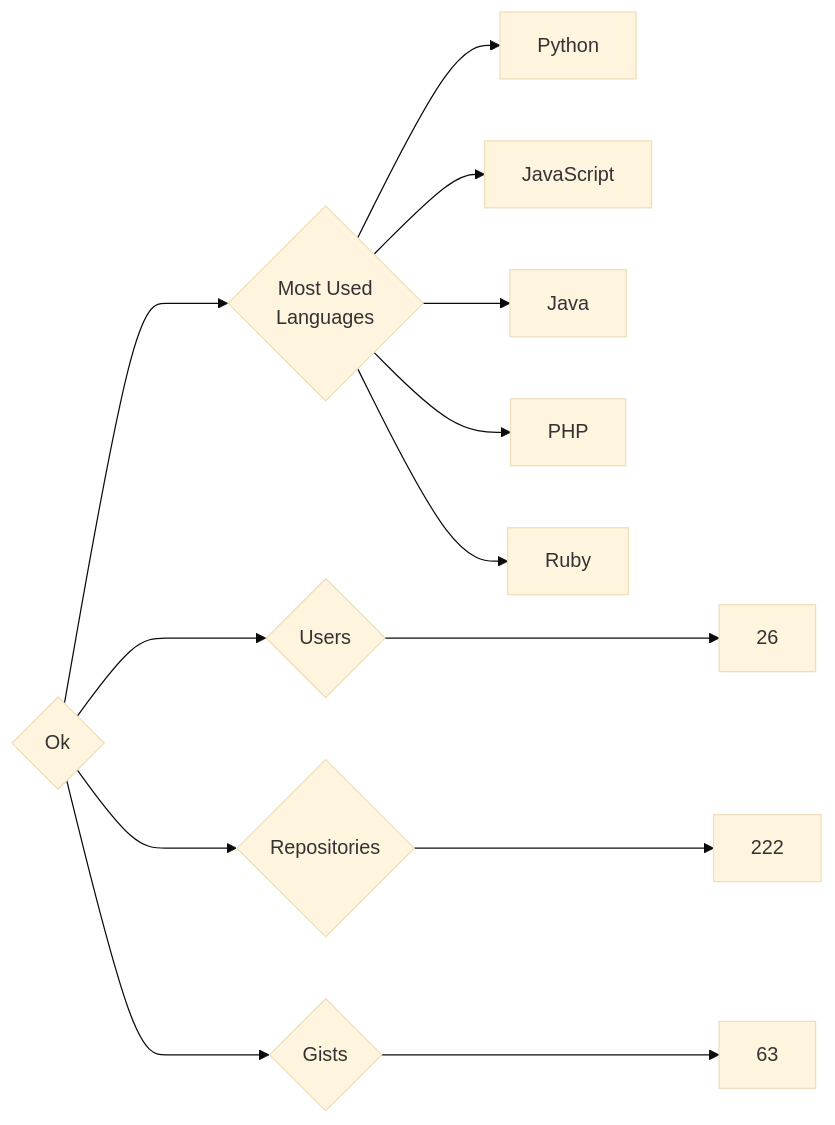
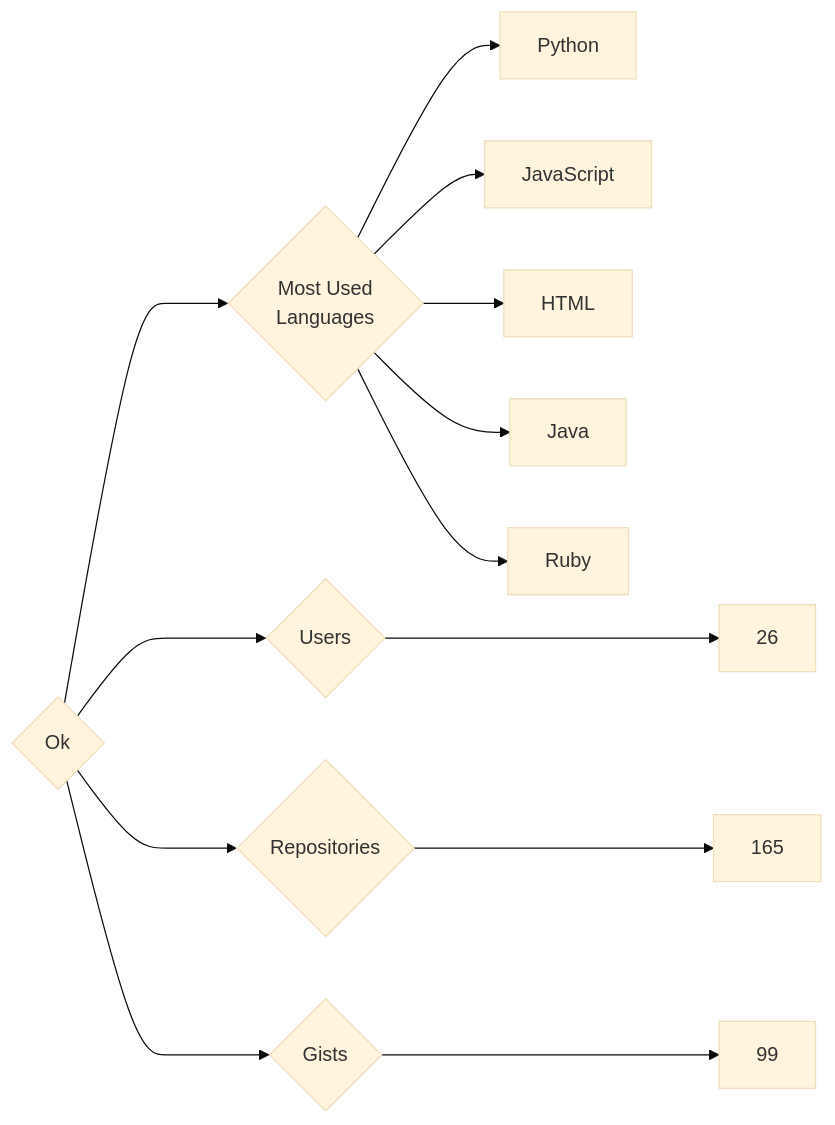
One commit to trickest/insiders changed the diagram in targets/Ok/README.md. Above: the diagram before and after it, drawn with Mermaid (base theme). The commit also changed 928 other files, not shown here.

````diff
--- a/targets/Ok/README.md
+++ b/targets/Ok/README.md
@@ -3,13 +3,13 @@
 ```mermaid
 graph LR
 COMPANY_NAME{Ok}
 COMPANY_NAME ---> U{Users} ---> UN[26]
-COMPANY_NAME ---> R{Repositories} ---> RN[222]
-COMPANY_NAME ---> G{Gists} ---> GN[63]
+COMPANY_NAME ---> R{Repositories} ---> RN[165]
+COMPANY_NAME ---> G{Gists} ---> GN[99]
 COMPANY_NAME ---> ML{Most Used<br>Languages}
 ML --> Python[Python]
 ML --> JavaScript[JavaScript]
+ML --> HTML[HTML]
 ML --> Java[Java]
-ML --> PHP[PHP]
 ML --> Ruby[Ruby]
 ```
````
